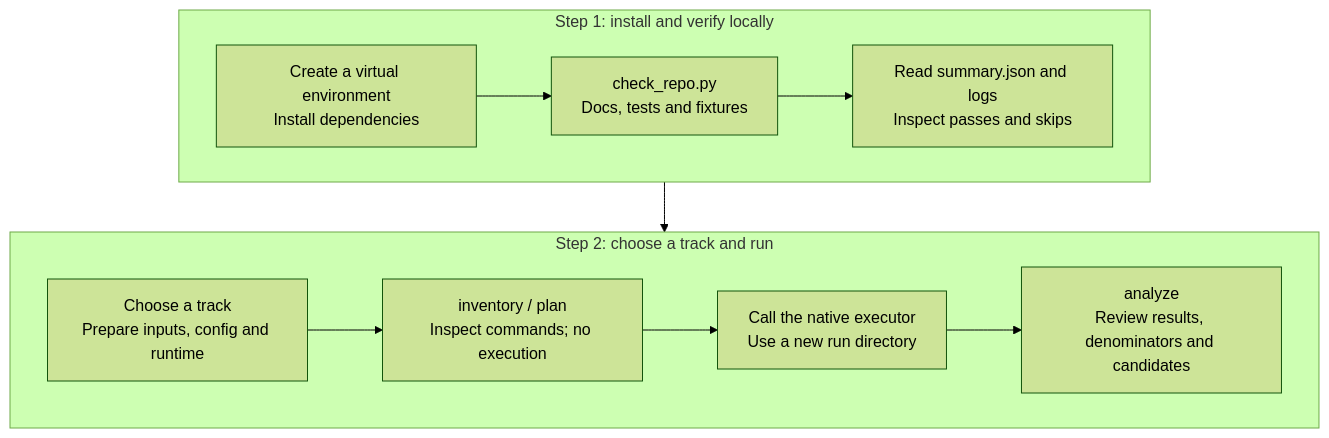
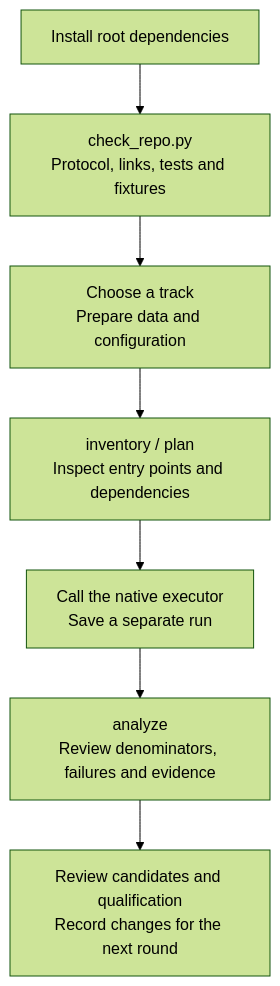
Before and after one commit to StrawberryTreea/agent-safety-harness: the third of 3 diagrams in README.md, drawn with Mermaid (forest theme). The commit also changed other lines of this file and 266 other files, not shown here.

````diff
--- a/README.md
+++ b/README.md
@@ -71,15 +79,9 @@
 ```mermaid
 flowchart TB
-    subgraph Local["Step 1: install and verify locally"]
-        direction LR
-        Install["Create a virtual environment<br/>Install dependencies"] --> Check["check_repo.py<br/>Docs, tests and fixtures"]
-        Check --> Evidence["Read summary.json and logs<br/>Inspect passes and skips"]
-    end
-    subgraph Real["Step 2: choose a track and run"]
-        direction LR
-        Choose["Choose a track<br/>Prepare inputs, config and runtime"] --> Plan["inventory / plan<br/>Inspect commands; no execution"]
-        Plan --> Native["Call the native executor<br/>Use a new run directory"]
-        Native --> Analyze["analyze<br/>Review results, denominators and candidates"]
-    end
-    Local --> Real
+    Install["Install root dependencies"] --> Check["check_repo.py<br/>Protocol, links, tests and fixtures"]
+    Check --> Choose["Choose a track<br/>Prepare data and configuration"]
+    Choose --> Plan["inventory / plan<br/>Inspect entry points and dependencies"]
+    Plan --> Execute["Call the native executor<br/>Save a separate run"]
+    Execute --> Analyze["analyze<br/>Review denominators, failures and evidence"]
+    Analyze --> Review["Review candidates and qualification<br/>Record changes for the next round"]
 ```
````
